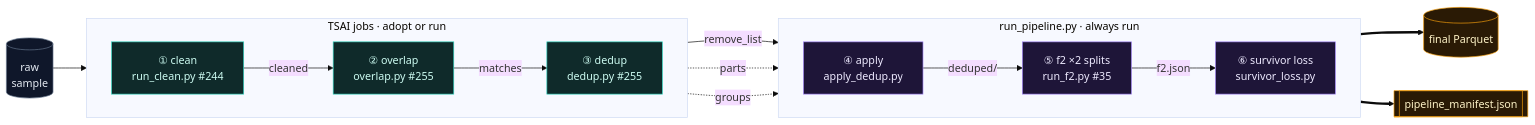
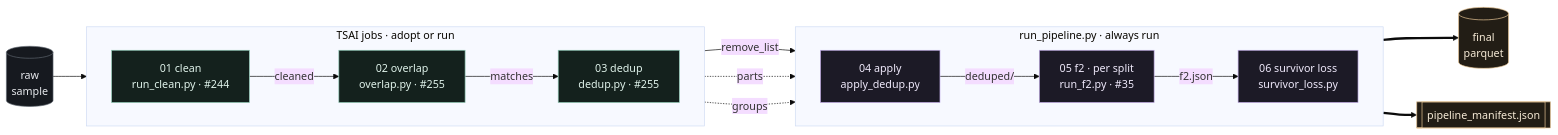
The first of 2 diagrams in teams/01-data-a/pipeline/README.md (TEJASKUMAR-REDDY-J/era-v5-lab), drawn with Mermaid (base theme) before and after one commit. The commit also changed other lines of this file and 13 other files, not shown here.

````diff
--- a/teams/01-data-a/pipeline/README.md
+++ b/teams/01-data-a/pipeline/README.md
@@ -73,33 +70,33 @@
 ```mermaid
 flowchart LR
   raw[("raw<br/>sample")]:::data
 
   subgraph TSAI["TSAI jobs · adopt or run"]
     direction LR
-    clean["① clean<br/>run_clean.py #244"]:::tsai
-    overlap["② overlap<br/>overlap.py #255"]:::tsai
-    dedup["③ dedup<br/>dedup.py #255"]:::tsai
+    clean["01 clean<br/>run_clean.py · #244"]:::tsai
+    overlap["02 overlap<br/>overlap.py · #255"]:::tsai
+    dedup["03 dedup<br/>dedup.py · #255"]:::tsai
   end
 
   subgraph RUNNER["run_pipeline.py · always run"]
     direction LR
-    apply["④ apply<br/>apply_dedup.py"]:::mine
-    f2["⑤ f2 ×2 splits<br/>run_f2.py #35"]:::mine
-    loss["⑥ survivor loss<br/>survivor_loss.py"]:::mine
+    apply["04 apply<br/>apply_dedup.py"]:::mine
+    f2["05 f2 · per split<br/>run_f2.py · #35"]:::mine
+    loss["06 survivor loss<br/>survivor_loss.py"]:::mine
   end
 
   raw --> clean -->|"cleaned"| overlap
   overlap -->|"matches"| dedup
   dedup -->|"remove_list"| apply
   clean -.->|"parts"| apply
   apply -->|"deduped/"| f2
   f2 -->|"f2.json"| loss
   dedup -.->|"groups"| loss
-  f2 ==> final[("final Parquet")]:::out
+  f2 ==> final[("final<br/>parquet")]:::out
   loss ==> man[["pipeline_manifest.json"]]:::out
 
-  classDef data fill:#0f172a,stroke:#64748b,color:#e2e8f0
-  classDef tsai fill:#0f2a2a,stroke:#2dd4bf,color:#ccfbf1
-  classDef mine fill:#1e1538,stroke:#a78bfa,color:#ede9fe
-  classDef out fill:#2a1a05,stroke:#f59e0b,color:#fef3c7
+  classDef data fill:#16191f,stroke:#5f6670,color:#e6e8ec
+  classDef tsai fill:#14211d,stroke:#8fc9b5,color:#dff2ea
+  classDef mine fill:#1c1a26,stroke:#c3aee8,color:#efe9fb
+  classDef out fill:#221d15,stroke:#edcb9a,color:#f6ead6
 ```
````
